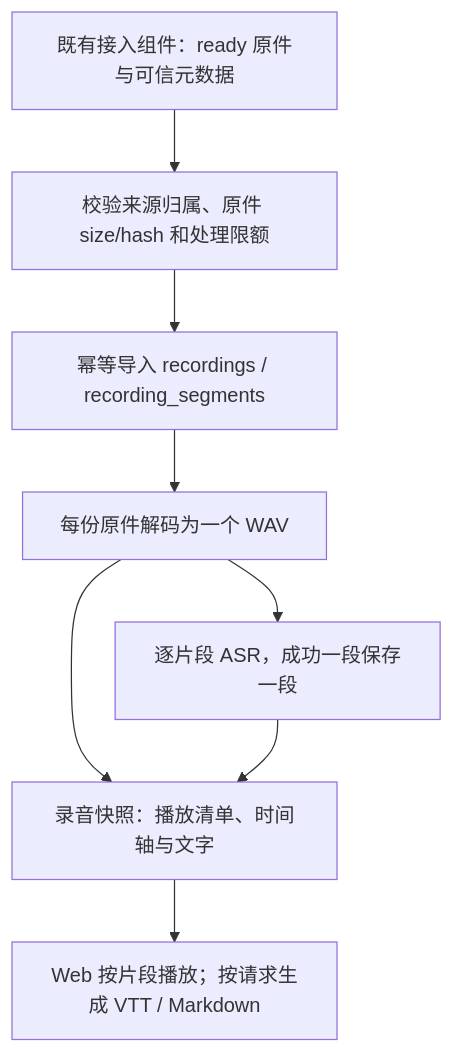
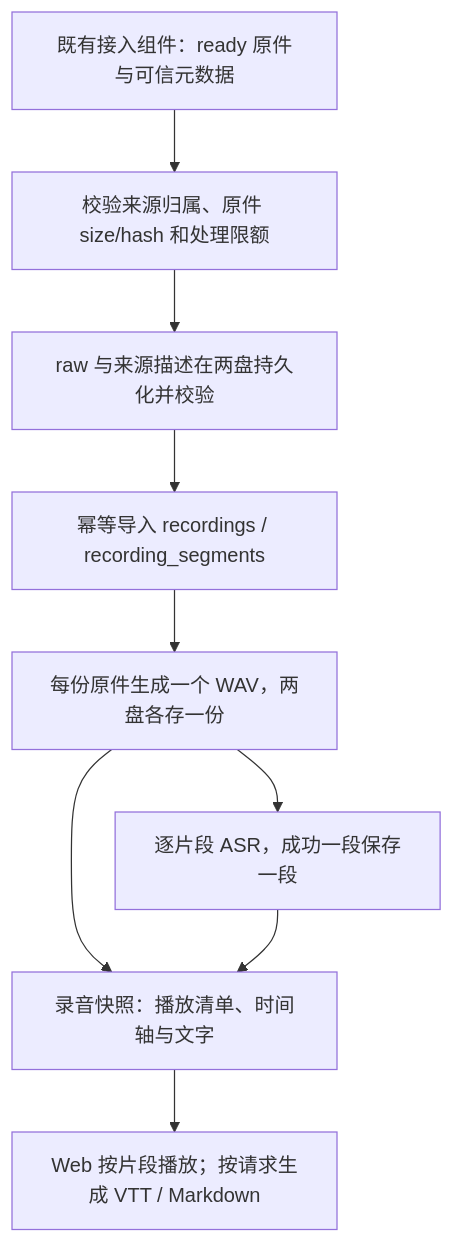
One commit to boboliu-1010/speaker changed the diagram in docs/audio-processing.md. Above: the diagram before and after it, drawn with Mermaid. The commit also changed other lines of this file and 6 other files, not shown here.

````diff
--- a/docs/audio-processing.md
+++ b/docs/audio-processing.md
@@ -24,10 +24,11 @@
 ```mermaid
 flowchart TD
     A["既有接入组件：ready 原件与可信元数据"] --> B["校验来源归属、原件 size/hash 和处理限额"]
-    B --> C["幂等导入 recordings / recording_segments"]
-    C --> D["每份原件解码为一个 WAV"]
+    B --> P["raw 与来源描述在两盘持久化并校验"]
+    P --> C["幂等导入 recordings / recording_segments"]
+    C --> D["每份原件生成一个 WAV，两盘各存一份"]
     D --> E["逐片段 ASR，成功一段保存一段"]
     D --> F["录音快照：播放清单、时间轴与文字"]
     E --> F
     F --> G["Web 按片段播放；按请求生成 VTT / Markdown"]
 ```
````
